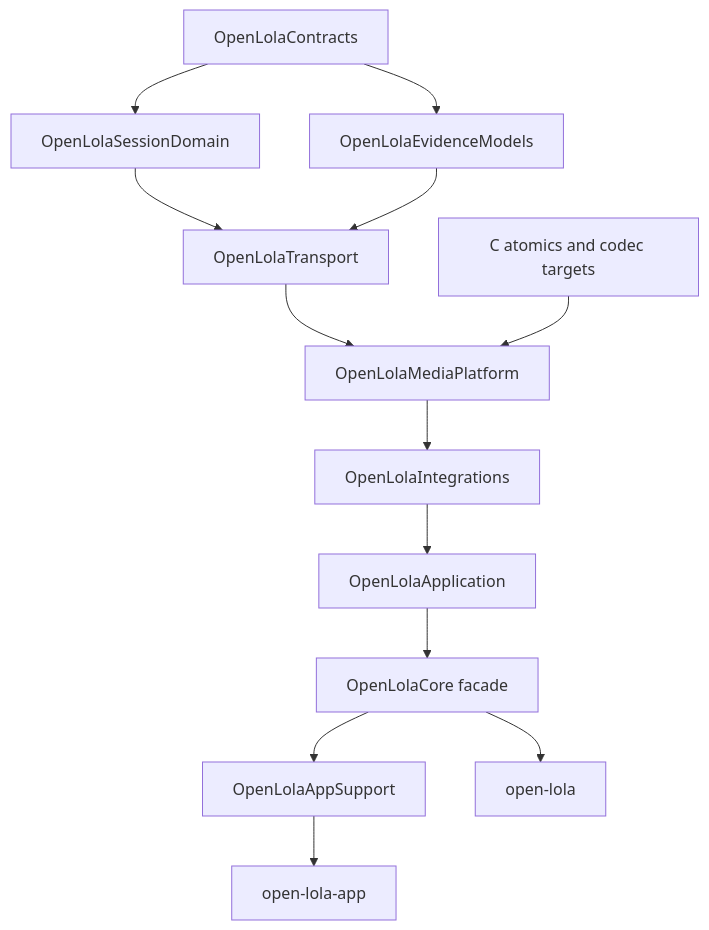
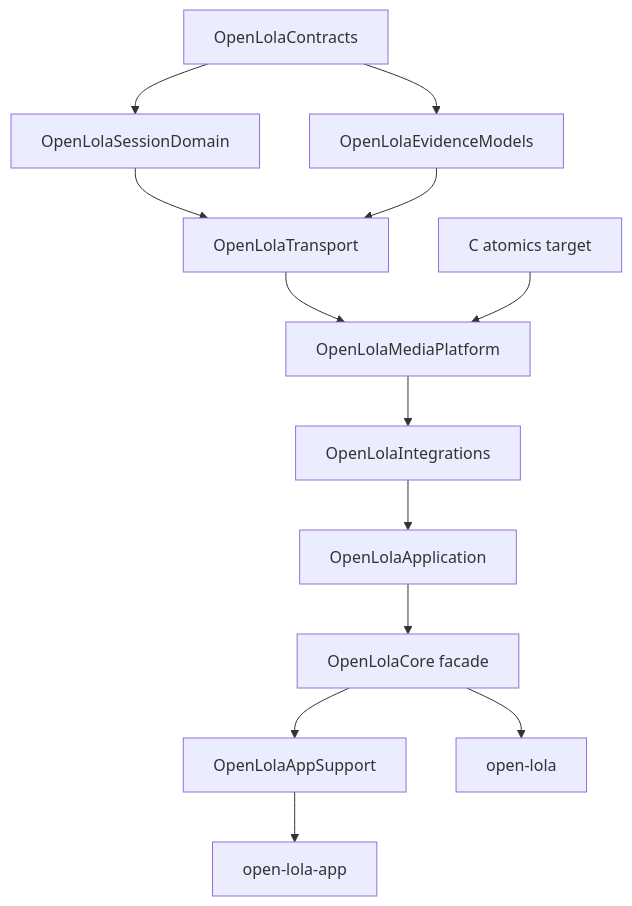
Before and after one commit to sebastianspicker/open-lola: the second of 2 diagrams in docs/architecture.md, drawn with Mermaid. The commit also changed other lines of this file and 68 other files, not shown here.

````diff
--- a/docs/architecture.md
+++ b/docs/architecture.md
@@ -68,28 +61,28 @@
 ```mermaid
 flowchart TD
     Contracts[OpenLolaContracts]
     Session[OpenLolaSessionDomain]
     Evidence[OpenLolaEvidenceModels]
     Transport[OpenLolaTransport]
     Media[OpenLolaMediaPlatform]
     Integrations[OpenLolaIntegrations]
     Application[OpenLolaApplication]
     Core[OpenLolaCore facade]
     Support[OpenLolaAppSupport]
     CLI[open-lola]
     App[open-lola-app]
-    CBridges[C atomics and codec targets]
+    CBridges[C atomics target]
 
     Contracts --> Session
     Contracts --> Evidence
     Session --> Transport
     Evidence --> Transport
     Transport --> Media
     CBridges --> Media
     Media --> Integrations
     Integrations --> Application
     Application --> Core
     Core --> Support
     Support --> App
     Core --> CLI
 ```
````
